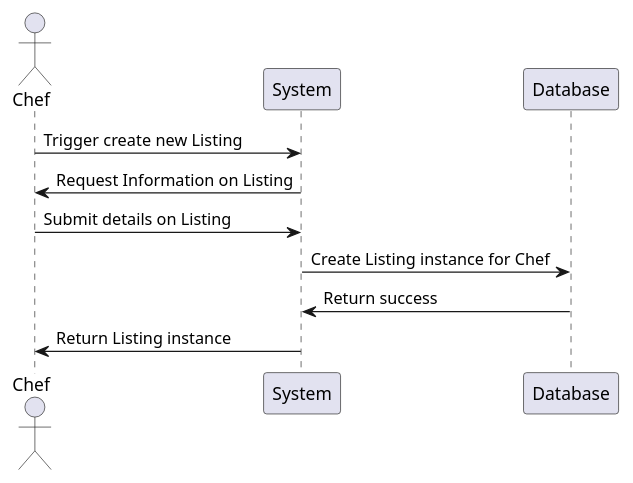
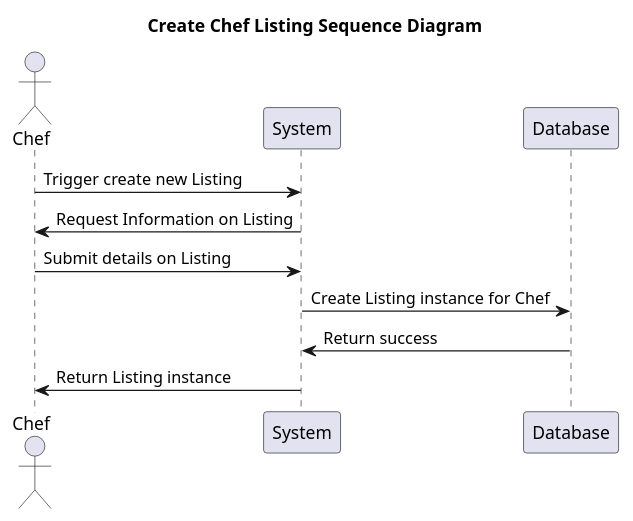
The diagram in 8_CreateChefListingSequence.puml (micahbaumann/CS-5800-Project-Micah-UML), drawn with PlantUML before and after one commit. The commit also changed 17 other files, not shown here.

```diff
--- a/8_CreateChefListingSequence.puml
+++ b/8_CreateChefListingSequence.puml
@@ -1,15 +1,16 @@
 @startuml
 'https://plantuml.com/sequence-diagram
+title Create Chef Listing Sequence Diagram
 
 actor Chef
 participant System
 participant Database
 
 Chef -> System: Trigger create new Listing
 System -> Chef: Request Information on Listing
 Chef -> System: Submit details on Listing
 System -> Database: Create Listing instance for Chef
 Database -> System: Return success
 System -> Chef: Return Listing instance
 
 @enduml
```
